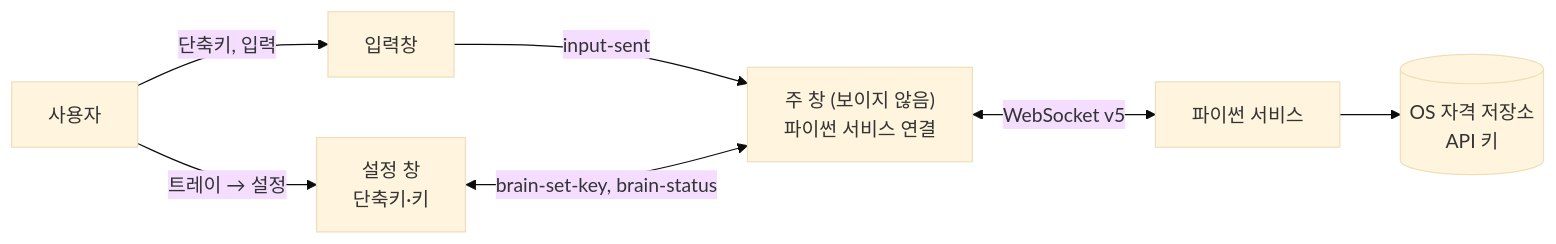
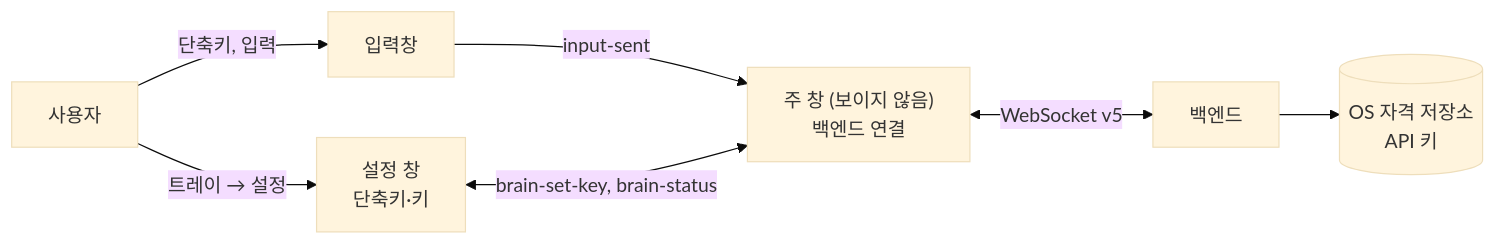
One commit to HEOSEONGILml/AssistantChatBot changed the diagram in ARCHITECTURE.md. Above: the diagram before and after it, drawn with Mermaid (base theme). The commit also changed other lines of this file and 14 other files, not shown here.

Commit message:
docs: '파이썬 서비스'를 '백엔드'로 부른다

````diff
--- a/ARCHITECTURE.md
+++ b/ARCHITECTURE.md
@@ -9,9 +9,9 @@
 ```mermaid
 flowchart LR
   U["사용자"] -->|"단축키, 입력"| IN["입력창"]
   U -->|"트레이 → 설정"| SET["설정 창<br>단축키·키"]
-  IN -->|"input-sent"| MAIN["주 창 (보이지 않음)<br>파이썬 서비스 연결"]
+  IN -->|"input-sent"| MAIN["주 창 (보이지 않음)<br>백엔드 연결"]
   SET <-->|"brain-set-key, brain-status"| MAIN
-  MAIN <-->|"WebSocket v5"| B["파이썬 서비스"]
+  MAIN <-->|"WebSocket v5"| B["백엔드"]
   B --> K[("OS 자격 저장소<br>API 키")]
 ```
````
